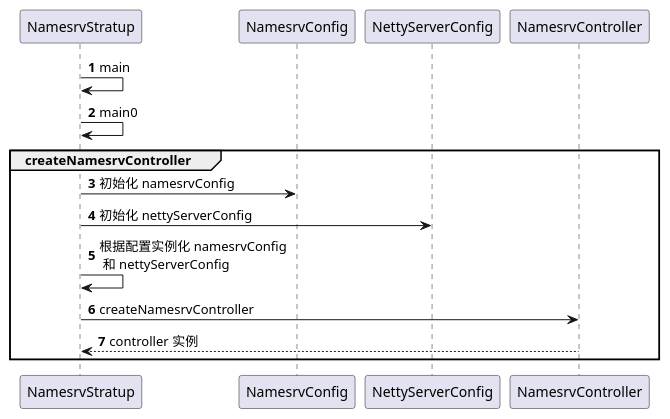
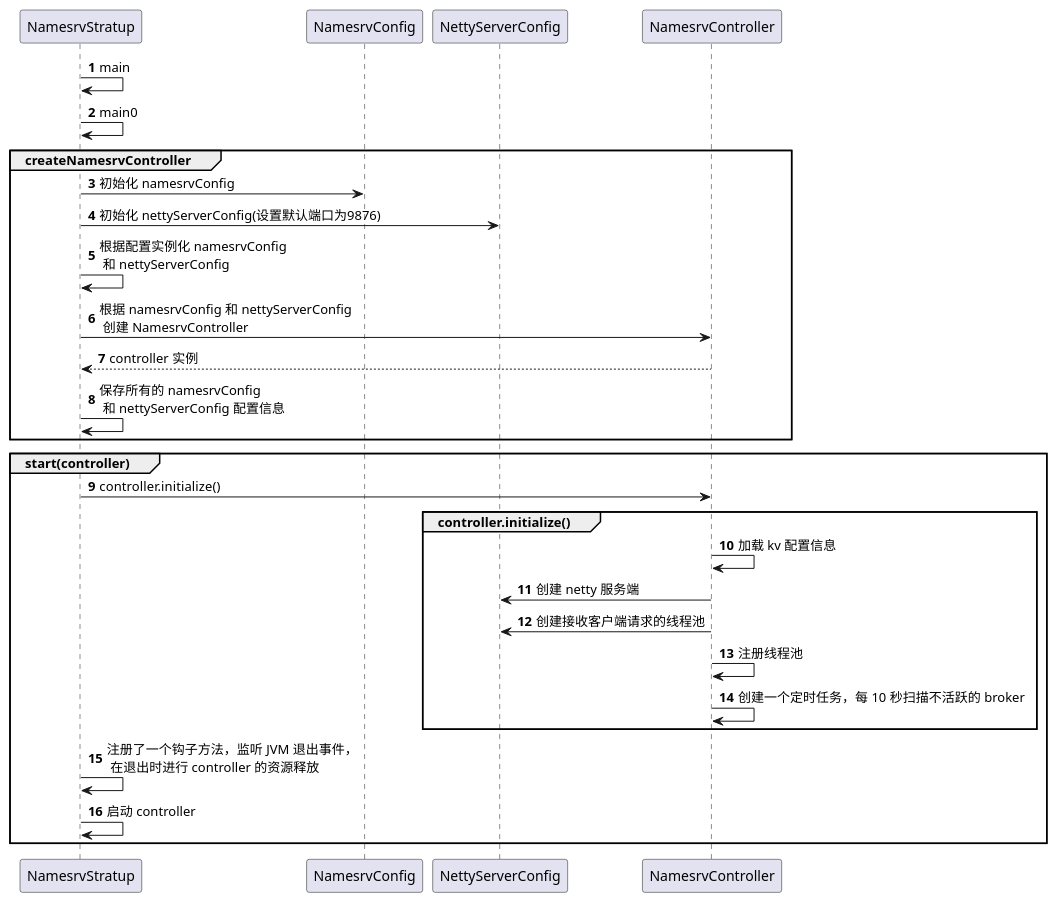
The diagram in namesrv/nameserver.puml (CleverZiv/rocketmq-master), drawn with PlantUML before and after one commit.

Commit message:
完成启动的 uml

```diff
--- a/namesrv/nameserver.puml
+++ b/namesrv/nameserver.puml
@@ -1,15 +1,28 @@
 @startuml
 'https://plantuml.com/sequence-diagram
 
 autonumber
 
 NamesrvStratup -> NamesrvStratup: main
 NamesrvStratup -> NamesrvStratup: main0
 group createNamesrvController
 NamesrvStratup -> NamesrvConfig: 初始化 namesrvConfig
-NamesrvStratup -> NettyServerConfig: 初始化 nettyServerConfig
+NamesrvStratup -> NettyServerConfig: 初始化 nettyServerConfig(设置默认端口为9876)
 NamesrvStratup -> NamesrvStratup: 根据配置实例化 namesrvConfig \n 和 nettyServerConfig
-NamesrvStratup -> NamesrvController: createNamesrvController
+NamesrvStratup -> NamesrvController: 根据 namesrvConfig 和 nettyServerConfig \n 创建 NamesrvController
 NamesrvController --> NamesrvStratup: controller 实例
+NamesrvStratup -> NamesrvStratup: 保存所有的 namesrvConfig \n 和 nettyServerConfig 配置信息
+end
+group start(controller)
+NamesrvStratup -> NamesrvController: controller.initialize()
+group controller.initialize()
+NamesrvController -> NamesrvController: 加载 kv 配置信息
+NamesrvController -> NettyServerConfig: 创建 netty 服务端
+NamesrvController -> NettyServerConfig: 创建接收客户端请求的线程池
+NamesrvController -> NamesrvController: 注册线程池
+NamesrvController -> NamesrvController: 创建一个定时任务，每 10 秒扫描不活跃的 broker
+end
+NamesrvStratup -> NamesrvStratup: 注册了一个钩子方法，监听 JVM 退出事件，\n 在退出时进行 controller 的资源释放
+NamesrvStratup -> NamesrvStratup: 启动 controller
 end
 @enduml
```
